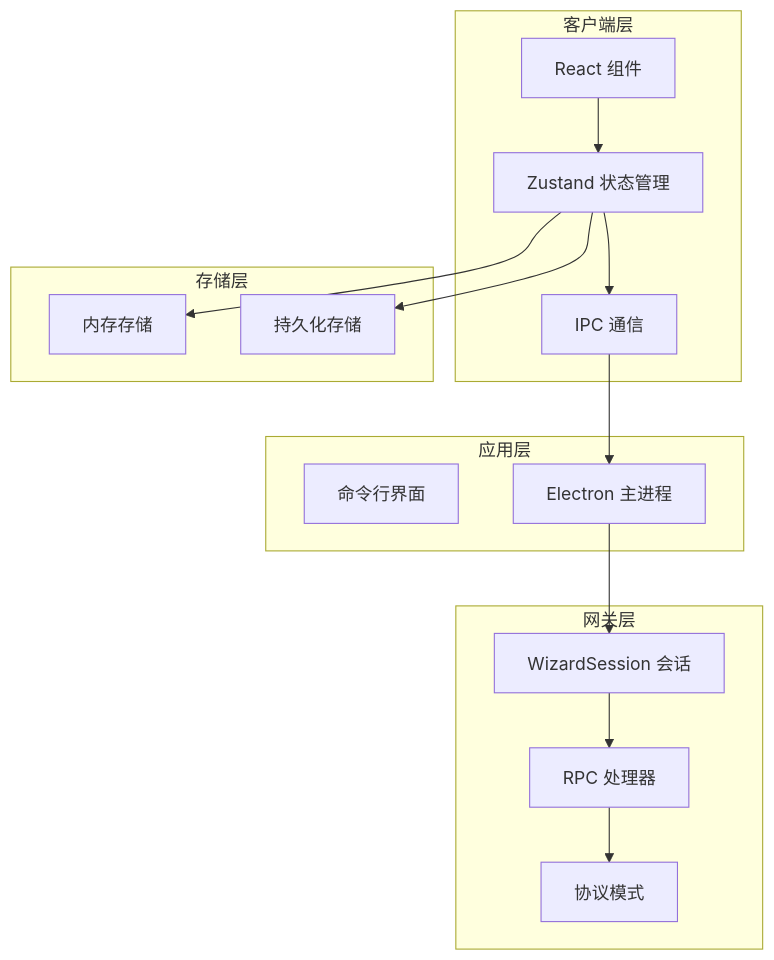
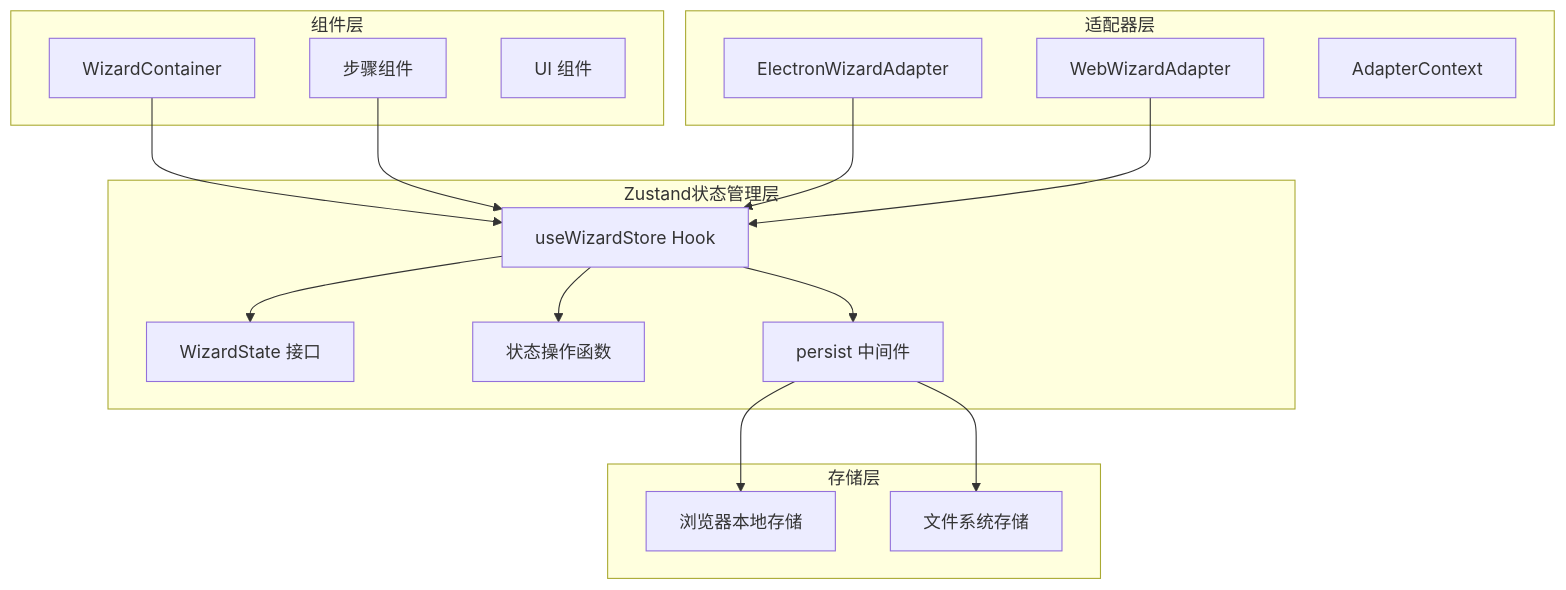
The first of 9 diagrams in .qoder/repowiki/zh/content/设置向导状态管理.md (verse-ai-org/openclaw), drawn with Mermaid before and after one commit. The commit also changed other lines of this file and 78 other files, not shown here.

````diff
--- a/.qoder/repowiki/zh/content/设置向导状态管理.md
+++ b/.qoder/repowiki/zh/content/设置向导状态管理.md
@@ -43,29 +47,32 @@
 ```mermaid
 graph TB
-subgraph "客户端层"
-UI[React 组件]
-Store[Zustand 状态管理]
-IPC[IPC 通信]
+subgraph "Zustand状态管理层"
+Store[useWizardStore Hook]
+State[WizardState 接口]
+Actions[状态操作函数]
+Persist[persist 中间件]
 end
-subgraph "应用层"
-CLI[命令行界面]
-Electron[Electron 主进程]
+subgraph "组件层"
+Container[WizardContainer]
+Steps[步骤组件]
+UI[UI 组件]
 end
-subgraph "网关层"
-Session[WizardSession 会话]
-Handler[RPC 处理器]
-Schema[协议模式]
+subgraph "适配器层"
+Electron[ElectronWizardAdapter]
+Web[WebWizardAdapter]
+Context[AdapterContext]
 end
 subgraph "存储层"
-Memory[内存存储]
-Persist[持久化存储]
+LocalStorage[浏览器本地存储]
+FileSystem[文件系统存储]
 end
-UI --> Store
-Store --> IPC
-IPC --> Electron
-Electron --> Session
-Session --> Handler
-Handler --> Schema
-Store --> Memory
+Store --> State
+Store --> Actions
 Store --> Persist
+Container --> Store
+Steps --> Store
+Electron --> Store
+Web --> Store
+Persist --> LocalStorage
+Persist --> FileSystem
 ```
````
